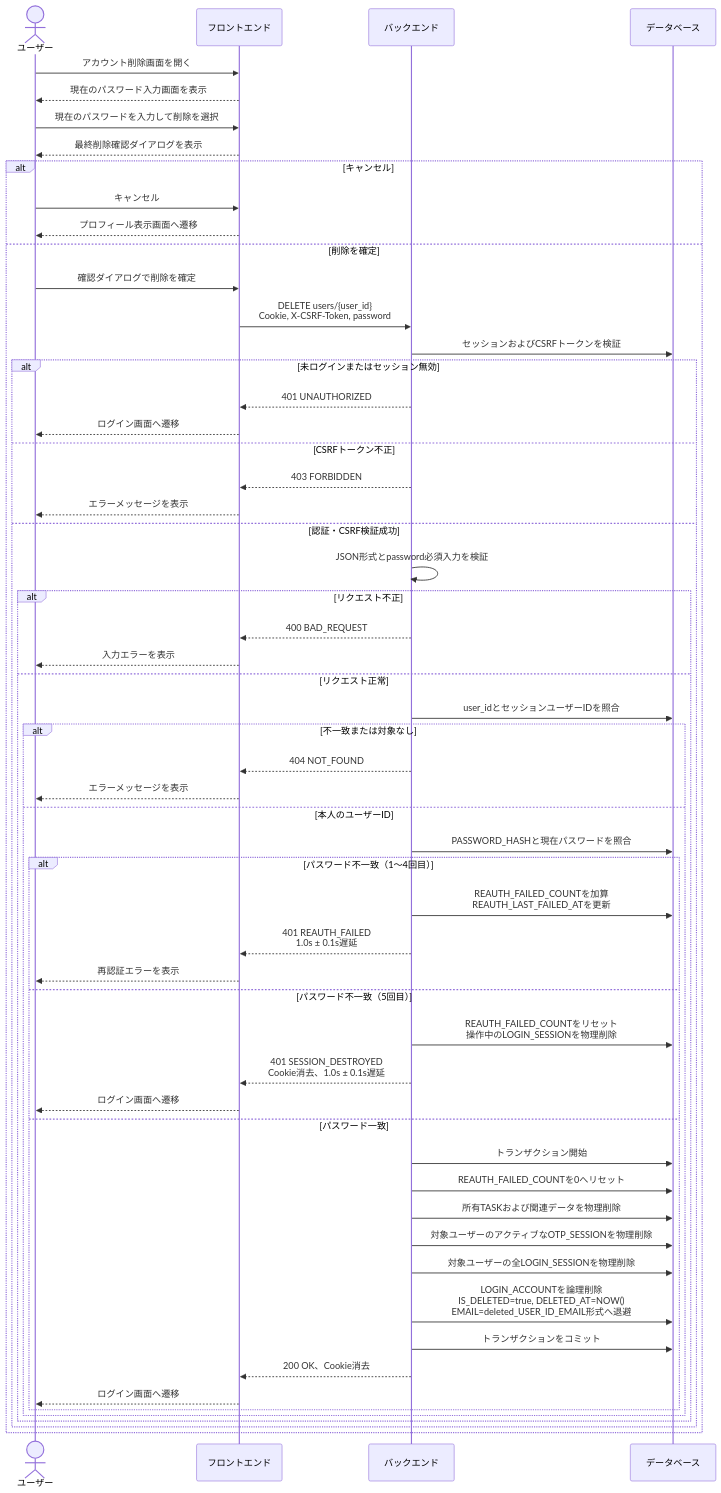
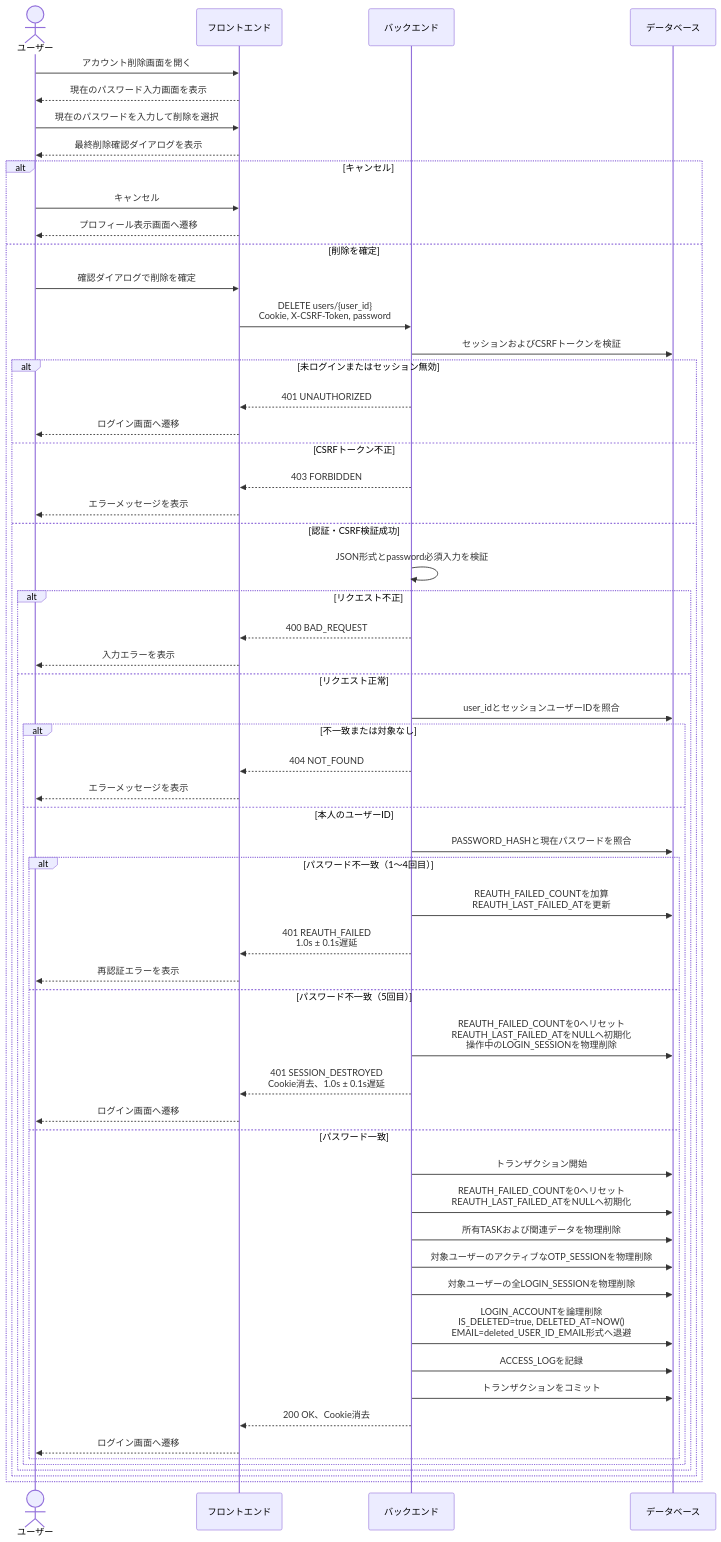
The diagram in docs/design/process_design/03_account_delete.md (TUS-TI-dev-team/SyncTask), drawn with Mermaid before and after one commit. The commit also changed other lines of this file and 60 other files, not shown here.

````diff
--- a/docs/design/process_design/03_account_delete.md
+++ b/docs/design/process_design/03_account_delete.md
@@ -22,60 +22,61 @@
 ```mermaid
 sequenceDiagram
     actor User as ユーザー
     participant Frontend as フロントエンド
     participant Backend as バックエンド
     participant DB as データベース
 
     User->>Frontend: アカウント削除画面を開く
     Frontend-->>User: 現在のパスワード入力画面を表示
     User->>Frontend: 現在のパスワードを入力して削除を選択
     Frontend-->>User: 最終削除確認ダイアログを表示
     alt キャンセル
         User->>Frontend: キャンセル
         Frontend-->>User: プロフィール表示画面へ遷移
     else 削除を確定
         User->>Frontend: 確認ダイアログで削除を確定
         Frontend->>Backend: DELETE users/{user_id}<br/>Cookie, X-CSRF-Token, password
         Backend->>DB: セッションおよびCSRFトークンを検証
         alt 未ログインまたはセッション無効
             Backend-->>Frontend: 401 UNAUTHORIZED
             Frontend-->>User: ログイン画面へ遷移
         else CSRFトークン不正
             Backend-->>Frontend: 403 FORBIDDEN
             Frontend-->>User: エラーメッセージを表示
         else 認証・CSRF検証成功
             Backend->>Backend: JSON形式とpassword必須入力を検証
             alt リクエスト不正
                 Backend-->>Frontend: 400 BAD_REQUEST
                 Frontend-->>User: 入力エラーを表示
             else リクエスト正常
                 Backend->>DB: user_idとセッションユーザーIDを照合
                 alt 不一致または対象なし
                     Backend-->>Frontend: 404 NOT_FOUND
                     Frontend-->>User: エラーメッセージを表示
                 else 本人のユーザーID
                     Backend->>DB: PASSWORD_HASHと現在パスワードを照合
                     alt パスワード不一致（1〜4回目）
                         Backend->>DB: REAUTH_FAILED_COUNTを加算<br/>REAUTH_LAST_FAILED_ATを更新
                         Backend-->>Frontend: 401 REAUTH_FAILED<br/>1.0s ± 0.1s遅延
                         Frontend-->>User: 再認証エラーを表示
                     else パスワード不一致（5回目）
-                        Backend->>DB: REAUTH_FAILED_COUNTをリセット<br/>操作中のLOGIN_SESSIONを物理削除
+                        Backend->>DB: REAUTH_FAILED_COUNTを0へリセット<br/>REAUTH_LAST_FAILED_ATをNULLへ初期化<br/>操作中のLOGIN_SESSIONを物理削除
                         Backend-->>Frontend: 401 SESSION_DESTROYED<br/>Cookie消去、1.0s ± 0.1s遅延
                         Frontend-->>User: ログイン画面へ遷移
                     else パスワード一致
                         Backend->>DB: トランザクション開始
-                        Backend->>DB: REAUTH_FAILED_COUNTを0へリセット
+                        Backend->>DB: REAUTH_FAILED_COUNTを0へリセット<br/>REAUTH_LAST_FAILED_ATをNULLへ初期化
                         Backend->>DB: 所有TASKおよび関連データを物理削除
                         Backend->>DB: 対象ユーザーのアクティブなOTP_SESSIONを物理削除
                         Backend->>DB: 対象ユーザーの全LOGIN_SESSIONを物理削除
                         Backend->>DB: LOGIN_ACCOUNTを論理削除<br/>IS_DELETED=true, DELETED_AT=NOW()<br/>EMAIL=deleted_USER_ID_EMAIL形式へ退避
+                        Backend->>DB: ACCESS_LOGを記録
                         Backend->>DB: トランザクションをコミット
                         Backend-->>Frontend: 200 OK、Cookie消去
                         Frontend-->>User: ログイン画面へ遷移
                     end
                 end
             end
         end
     end
 ```
````
